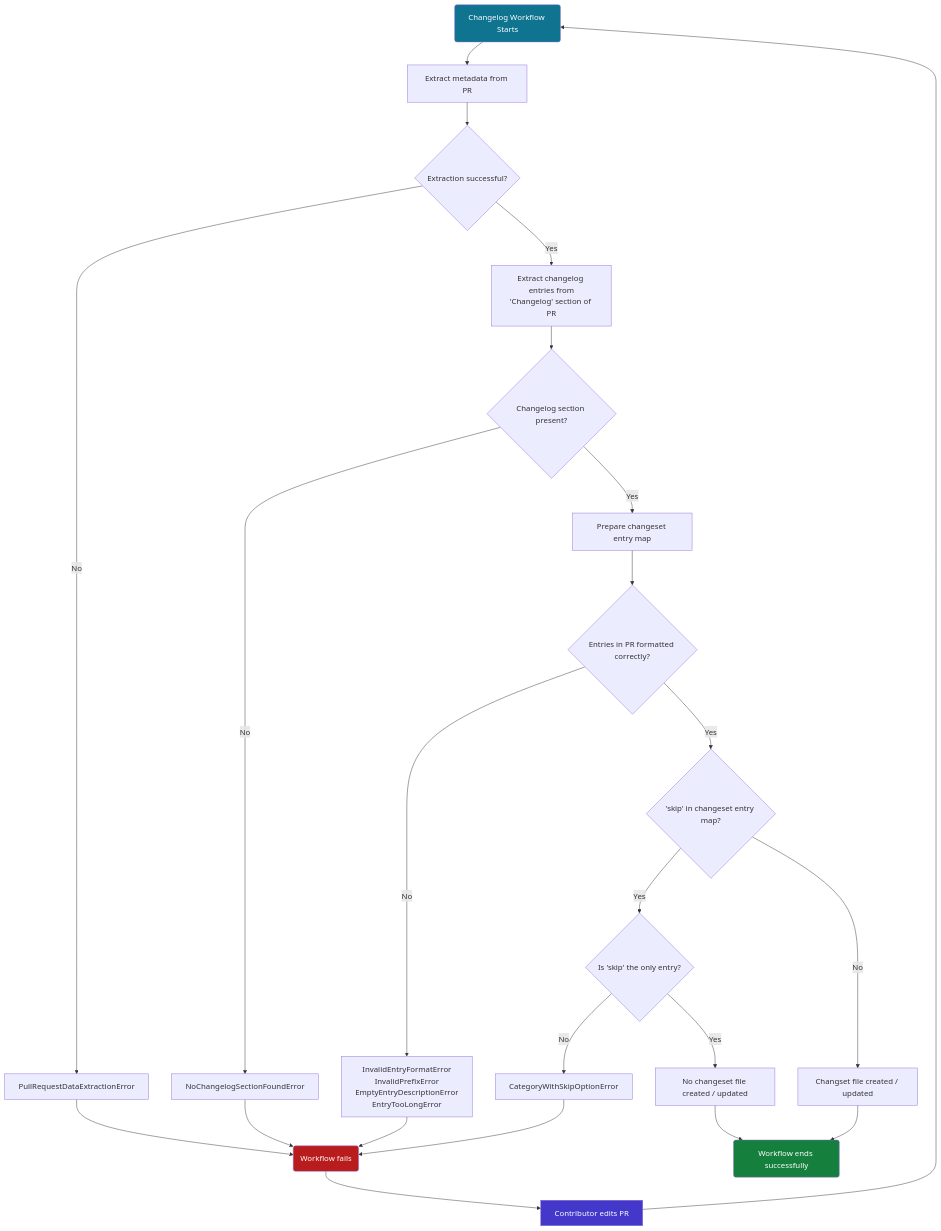
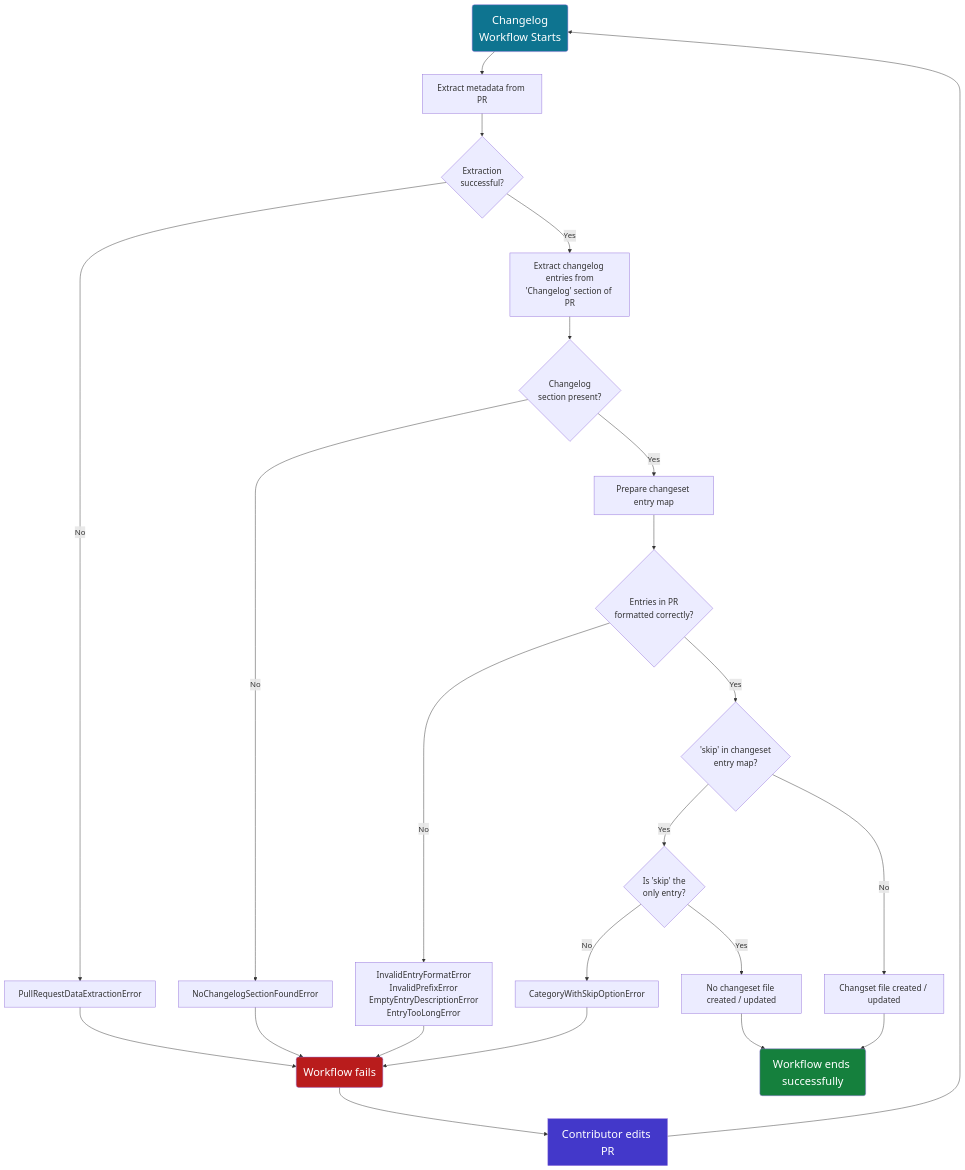
Before and after one commit to ashwin-pc/OpenSearch_Changelog_Workflow: the diagram in README.md, drawn with Mermaid.

Commit message:
update in mermeid flowchart

````diff
--- a/README.md
+++ b/README.md
@@ -114,31 +114,37 @@
 ```mermaid
 %%{init: {'themeVariables': { 'fontSize': '17px' }}}%%
   flowchart TD;
-    A(Changelog Workflow Starts) --> B[Extract metadata from PR]
-    B --> C{Extraction successful?}
+    A(Changelog \n Workflow Starts) --> B[Extract metadata from PR]
+    B --> C{Extraction \n successful?}
     C --> |Yes| G[Extract changelog entries from\n'Changelog' section of PR]
     C --> |No| D[PullRequestDataExtractionError]
     D --> E(Workflow fails)
     E --> F[Contributor edits PR]
     F --> A
-    G --> H{Changelog section present?}
+    G --> H{Changelog \n section present?}
     H --> |Yes| J[Prepare changeset entry map]
-    J --> J1{Entries in PR formatted correctly?}
+    J --> J1{Entries in PR \n formatted correctly?}
     H --> |No| I[NoChangelogSectionFoundError]
     I --> E
-    J1 --> |Yes| K{'skip' in changeset entry map?}
+    J1 --> |Yes| K{'skip' in changeset \n entry map?}
     J1 --> |No| L[InvalidEntryFormatError\nInvalidPrefixError\nEmptyEntryDescriptionError\nEntryTooLongError]
     L --> E
-    K --> |Yes| M{Is 'skip' the only entry?}
+    K --> |Yes| M{Is 'skip' the \n only entry?}
     K --> |No| N[Changset file created / updated]
     M --> |Yes| O[No changeset file created / updated]
     M --> |No| Q[CategoryWithSkipOptionError]
     Q --> E
     O --> P
     N --> P(Workflow ends successfully)
 
+    classDef largeFont font-size:24px;
+    classDef mediumFont font-size:18px;
+
     style A fill:#0e7490,color:white
     style E fill:#b91c1c,color:white
     style F fill:#4338ca,color:white
     style P fill:#15803d,color:white
+
+    class A,E,F,P largeFont;
+    class B,C,D,G,H,I,J,J1,K,L,M,N,O,Q mediumFont;
 ```
````
